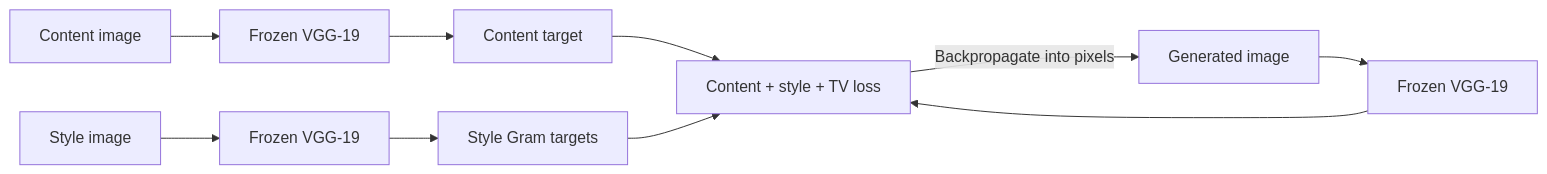
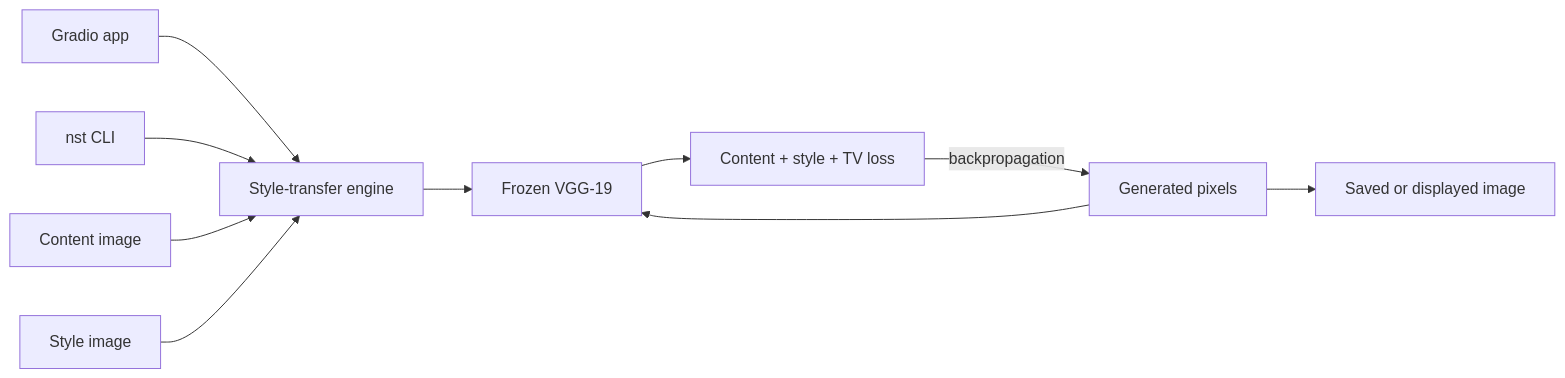
Before and after one commit to Agneypraseed/neural-canvas: the diagram in README.md, drawn with Mermaid. The commit also changed other lines of this file and 5 other files, not shown here.

````diff
--- a/README.md
+++ b/README.md
@@ -23,12 +50,12 @@
 ```mermaid
 flowchart LR
-    C["Content image"] --> V1["Frozen VGG-19"]
-    S["Style image"] --> V2["Frozen VGG-19"]
-    G["Generated image"] --> V3["Frozen VGG-19"]
-    V1 --> CL["Content target"]
-    V2 --> SL["Style Gram targets"]
-    V3 --> L["Content + style + TV loss"]
-    CL --> L
-    SL --> L
-    L -->|"Backpropagate into pixels"| G
+    UI["Gradio app"] --> E["Style-transfer engine"]
+    CLI["nst CLI"] --> E
+    C["Content image"] --> E
+    S["Style image"] --> E
+    E --> V["Frozen VGG-19"]
+    V --> L["Content + style + TV loss"]
+    L -->|"backpropagation"| X["Generated pixels"]
+    X --> V
+    X --> O["Saved or displayed image"]
 ```
````
